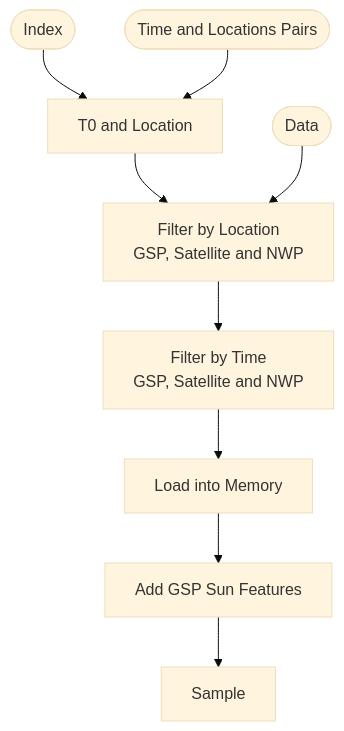
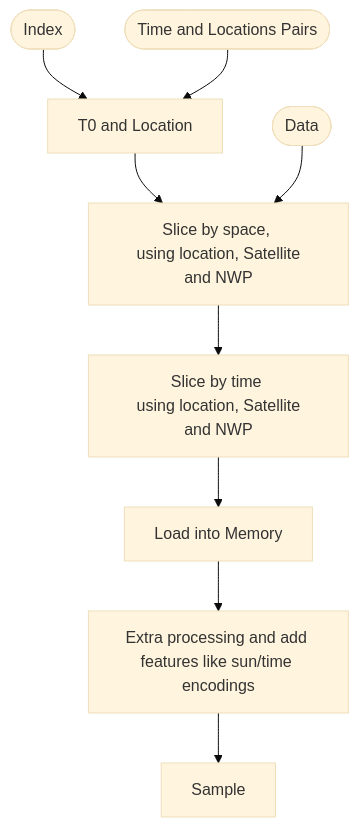
One commit to openclimatefix/ocf-data-sampler changed the second of 2 diagrams in ocf_data_sampler/torch_datasets/README.md. Above: the diagram before and after it, drawn with Mermaid (base theme). The commit also changed other lines of this file and 45 other files, not shown here.

First line of the commit message:
One torch dataset & target data schema (#375)

````diff
--- a/ocf_data_sampler/torch_datasets/README.md
+++ b/ocf_data_sampler/torch_datasets/README.md
@@ -39,16 +40,16 @@
 ```mermaid
 graph TD
     A0([Index])
     A1([Time and Locations Pairs])
     A0 --> B0
     A1 --> B0
     B0[T0 and Location]
     B1([Data])
     B0 --> D0
     B1 --> D0
-    D0[Filter by Location <br> GSP, Satellite and NWP] --> D1
-    D1[Filter by Time <br> GSP, Satellite and NWP] --> D2
+    D0[Slice by space, <br> using location, Satellite and NWP] --> D1
+    D1[Slice by time <br> using location, Satellite and NWP] --> D2
     D2[Load into Memory] --> E0
-    E0[Add GSP Sun Features]
+    E0[Extra processing and add features like sun/time encodings]
     E0 --> F[Sample]
 ```
````
